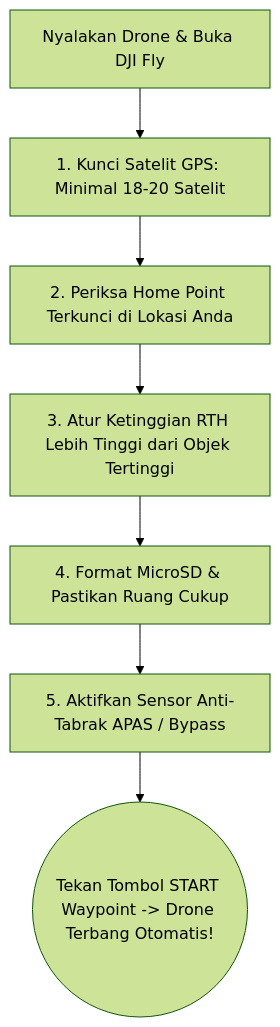
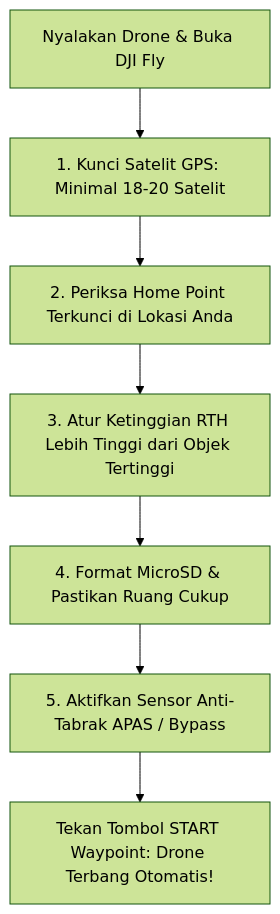
The diagram in src/content/docs/dji-fly/checklist-terbang.md (TW-Enterprise/TW-Mapper-Mobile-Docs), drawn with Mermaid (forest theme) before and after one commit. The commit also changed 12 other files, not shown here.

Commit message:
fix(docs): quote all mermaid node labels and subgraph titles to prevent syntax errors

````diff
--- a/src/content/docs/dji-fly/checklist-terbang.md
+++ b/src/content/docs/dji-fly/checklist-terbang.md
@@ -12,9 +12,9 @@
 ```mermaid
 flowchart TD
-    A[Nyalakan Drone & Buka DJI Fly] --> B[1. Kunci Satelit GPS: Minimal 18-20 Satelit]
-    B --> C[2. Periksa Home Point Terkunci di Lokasi Anda]
-    C --> D[3. Atur Ketinggian RTH Lebih Tinggi dari Objek Tertinggi]
-    D --> E[4. Format MicroSD & Pastikan Ruang Cukup]
-    E --> F[5. Aktifkan Sensor Anti-Tabrak APAS / Bypass]
-    F --> G((Tekan Tombol START Waypoint -> Drone Terbang Otomatis!))
+    A["Nyalakan Drone & Buka DJI Fly"] --> B["1. Kunci Satelit GPS: Minimal 18-20 Satelit"]
+    B --> C["2. Periksa Home Point Terkunci di Lokasi Anda"]
+    C --> D["3. Atur Ketinggian RTH Lebih Tinggi dari Objek Tertinggi"]
+    D --> E["4. Format MicroSD & Pastikan Ruang Cukup"]
+    E --> F["5. Aktifkan Sensor Anti-Tabrak APAS / Bypass"]
+    F --> G["Tekan Tombol START Waypoint: Drone Terbang Otomatis!"]
 ```
````
